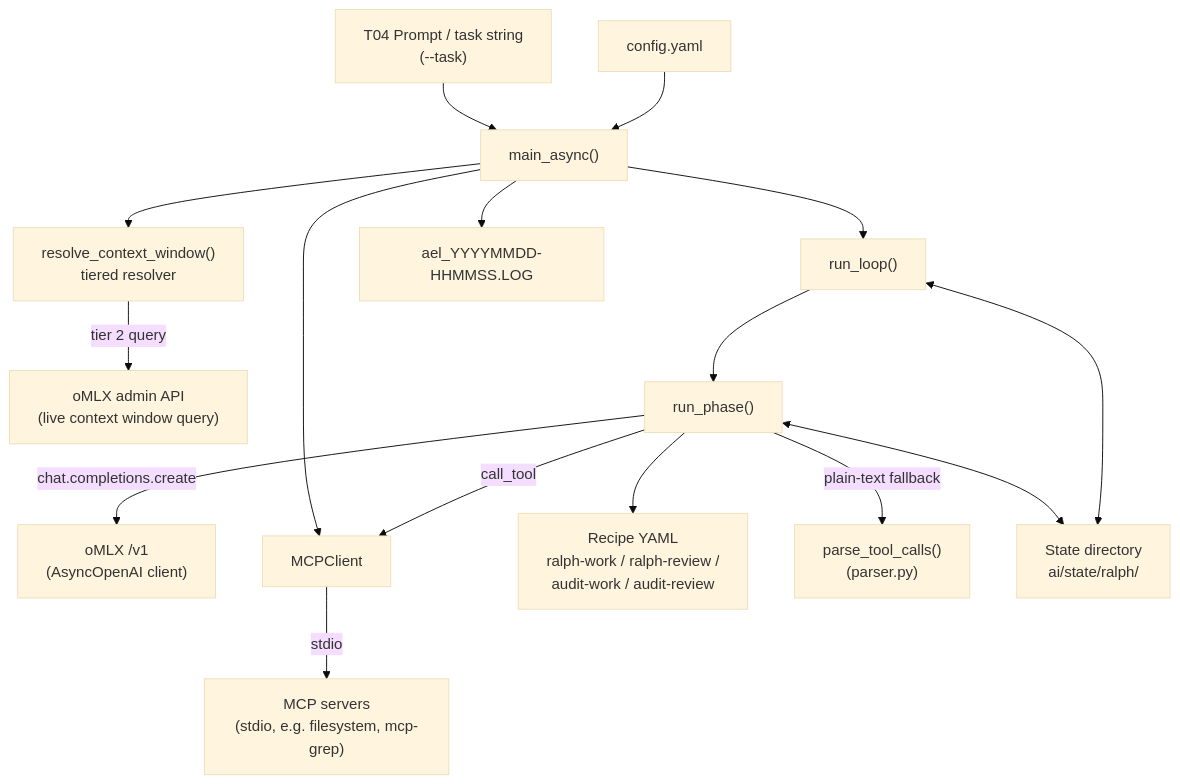
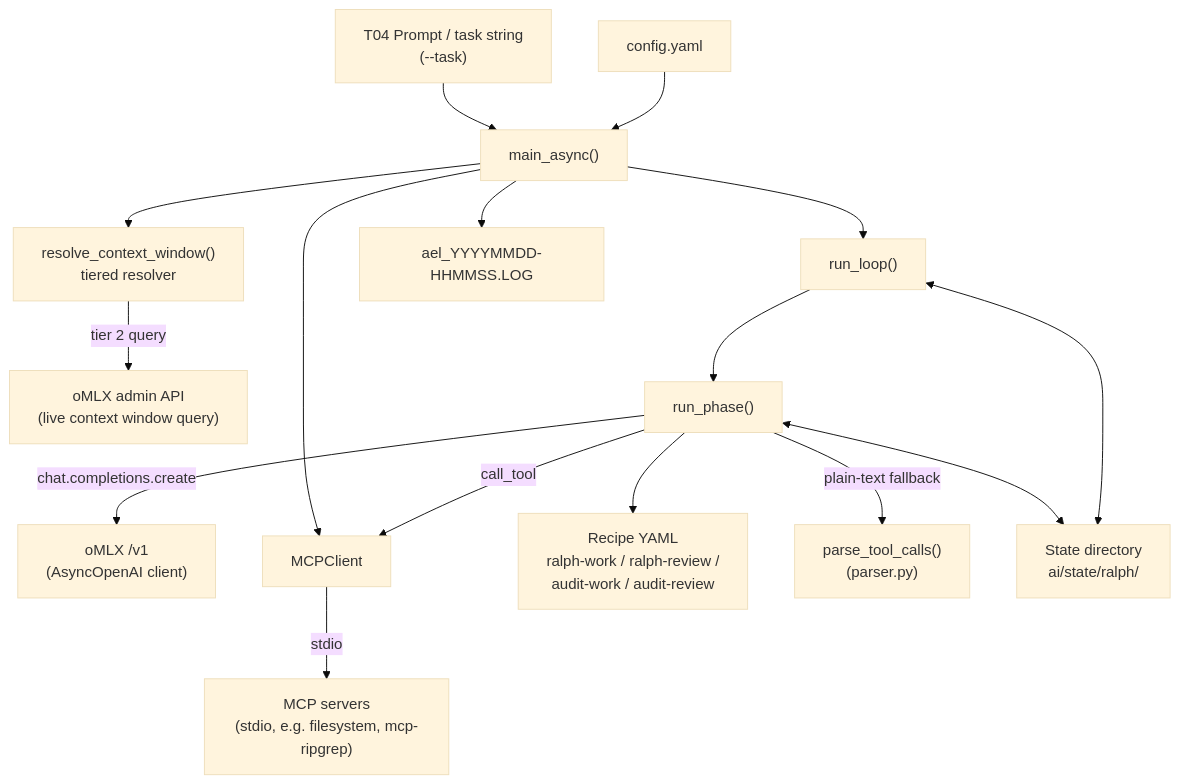
Before and after one commit to William12556/LLM-Governance-and-Orchestration: the first of 2 diagrams in dev/design/design-ael-orchestrator.md, drawn with Mermaid (base theme). The commit also changed other lines of this file and 1 other file, not shown here.

Commit message:
Change mcp-grep to mcp-ripgrep

````diff
--- a/dev/design/design-ael-orchestrator.md
+++ b/dev/design/design-ael-orchestrator.md
@@ -88,33 +88,33 @@
 ```mermaid
 graph TD
     T04["T04 Prompt / task string<br/>(--task)"]
     CFG["config.yaml"]
     MAIN["main_async()"]
     CTXR["resolve_context_window()<br/>tiered resolver"]
     OMLXADMIN["oMLX admin API<br/>(live context window query)"]
     LLM["oMLX /v1<br/>(AsyncOpenAI client)"]
     MCPC["MCPClient"]
-    MCPS["MCP servers<br/>(stdio, e.g. filesystem, mcp-grep)"]
+    MCPS["MCP servers<br/>(stdio, e.g. filesystem, mcp-ripgrep)"]
     RECIPE["Recipe YAML<br/>ralph-work / ralph-review /<br/>audit-work / audit-review"]
     RUNLOOP["run_loop()"]
     RUNPHASE["run_phase()"]
     PARSER["parse_tool_calls()<br/>(parser.py)"]
     STATE["State directory<br/>ai/state/ralph/"]
     LOG["ael_YYYYMMDD-HHMMSS.LOG"]
 
     T04 --> MAIN
     CFG --> MAIN
     MAIN --> CTXR
     CTXR -->|tier 2 query| OMLXADMIN
     MAIN --> MCPC
     MCPC -->|stdio| MCPS
     MAIN --> RUNLOOP
     RUNLOOP --> RUNPHASE
     RUNPHASE --> RECIPE
     RUNPHASE -->|chat.completions.create| LLM
     RUNPHASE -->|plain-text fallback| PARSER
     RUNPHASE -->|call_tool| MCPC
     RUNPHASE <--> STATE
     RUNLOOP <--> STATE
     MAIN --> LOG
 ```
````
